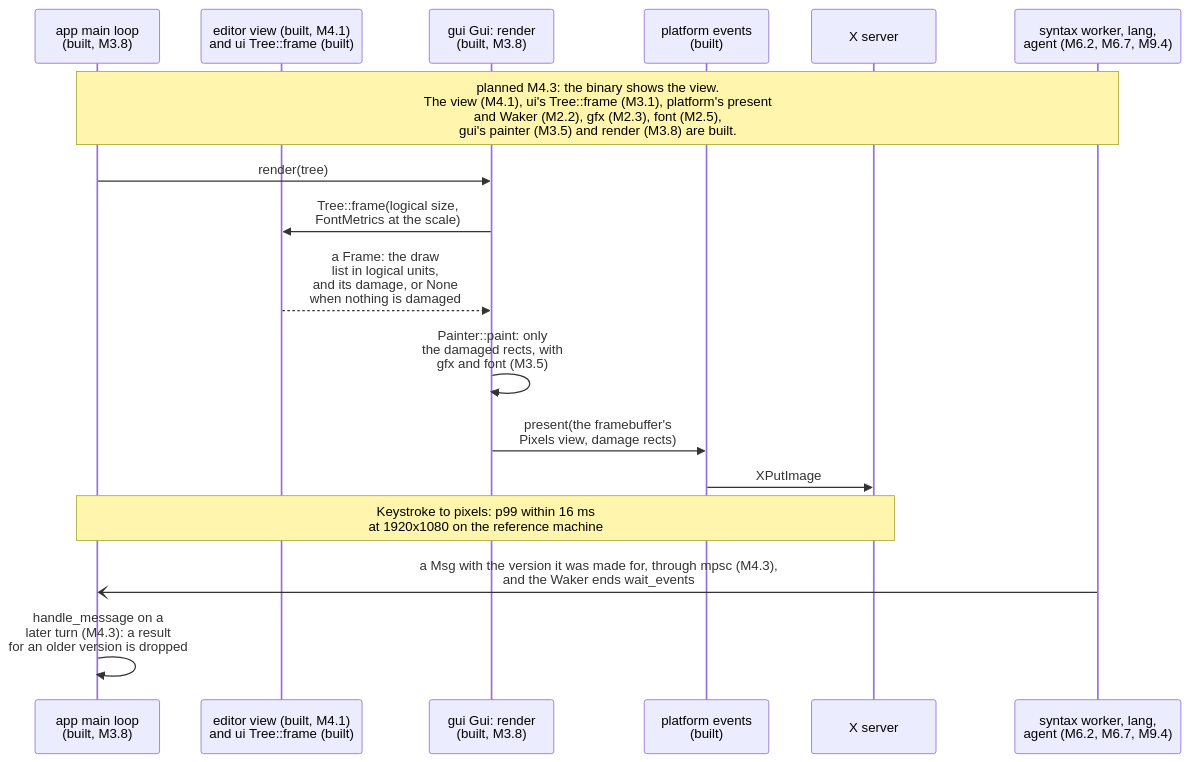
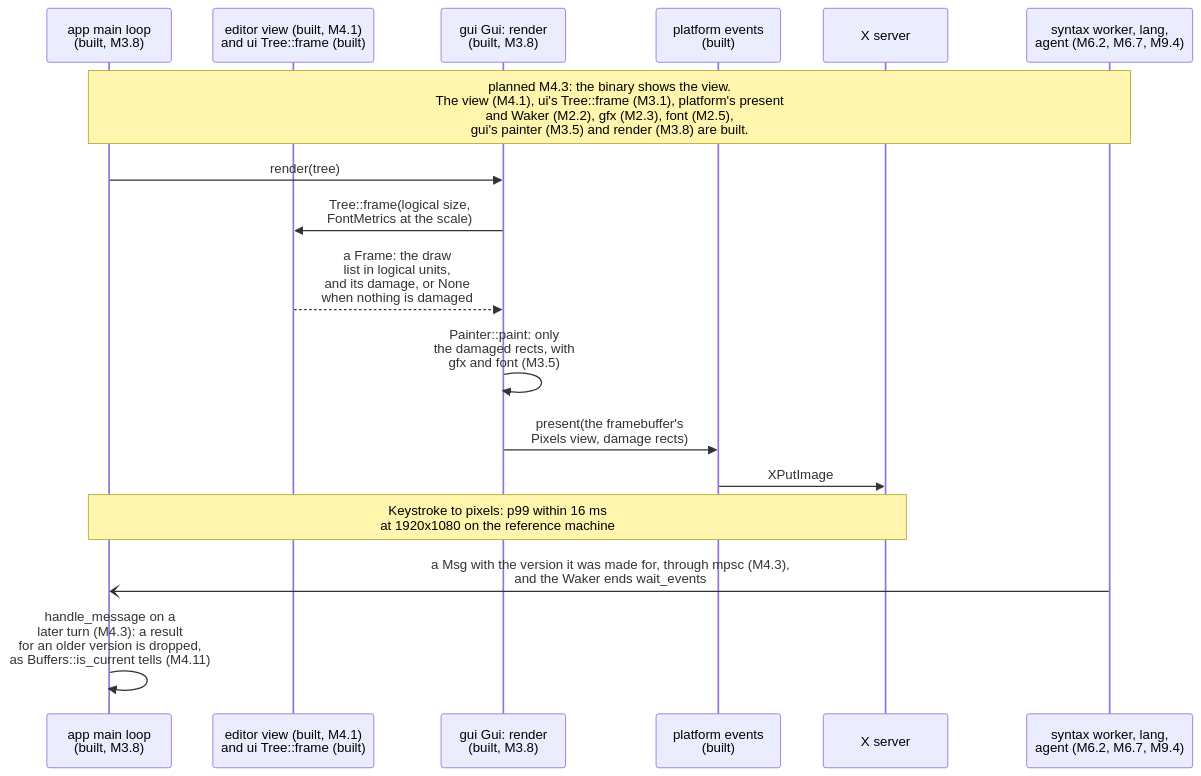
Before and after one commit to jabbott-iii/Tidepool: diagram 15 of 25 in diagrams/sequence-diagrams.md, drawn with Mermaid. The commit also changed other lines of this file and 50 other files, not shown here.

````diff
--- a/diagrams/sequence-diagrams.md
+++ b/diagrams/sequence-diagrams.md
@@ -708,20 +806,20 @@
 ```mermaid
 sequenceDiagram
     participant ML as app main loop<br/>(built, M3.8)
     participant View as editor view (built, M4.1)<br/>and ui Tree::frame (built)
     participant Fe as gui Gui: render<br/>(built, M3.8)
     participant Plat as platform events<br/>(built)
     participant Disp as X server
     participant Bg as syntax worker, lang,<br/>agent (M6.2, M6.7, M9.4)
 
     Note over ML,Bg: planned M4.3: the binary shows the view.<br/>The view (M4.1), ui's Tree::frame (M3.1), platform's present<br/>and Waker (M2.2), gfx (M2.3), font (M2.5),<br/>gui's painter (M3.5) and render (M3.8) are built.
     ML->>Fe: render(tree)
     Fe->>View: Tree::frame(logical size,<br/>FontMetrics at the scale)
     View-->>Fe: a Frame: the draw<br/>list in logical units,<br/>and its damage, or None<br/>when nothing is damaged
     Fe->>Fe: Painter::paint: only<br/>the damaged rects, with<br/>gfx and font (M3.5)
     Fe->>Plat: present(the framebuffer's<br/>Pixels view, damage rects)
     Plat->>Disp: XPutImage
     Note over ML,Disp: Keystroke to pixels: p99 within 16 ms<br/>at 1920x1080 on the reference machine
     Bg-)ML: a Msg with the version it was made for, through mpsc (M4.3),<br/>and the Waker ends wait_events
-    ML->>ML: handle_message on a<br/>later turn (M4.3): a result<br/>for an older version is dropped
+    ML->>ML: handle_message on a<br/>later turn (M4.3): a result<br/>for an older version is dropped,<br/>as Buffers::is_current tells (M4.11)
 ```
````
